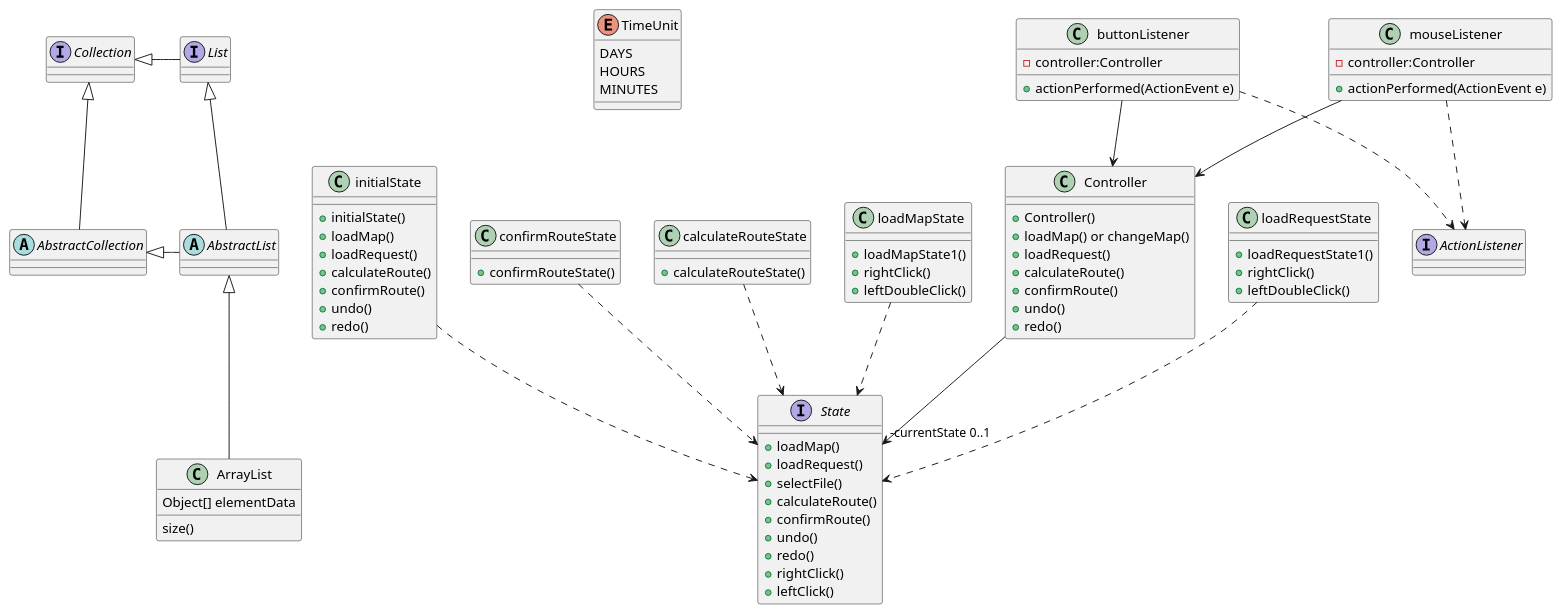
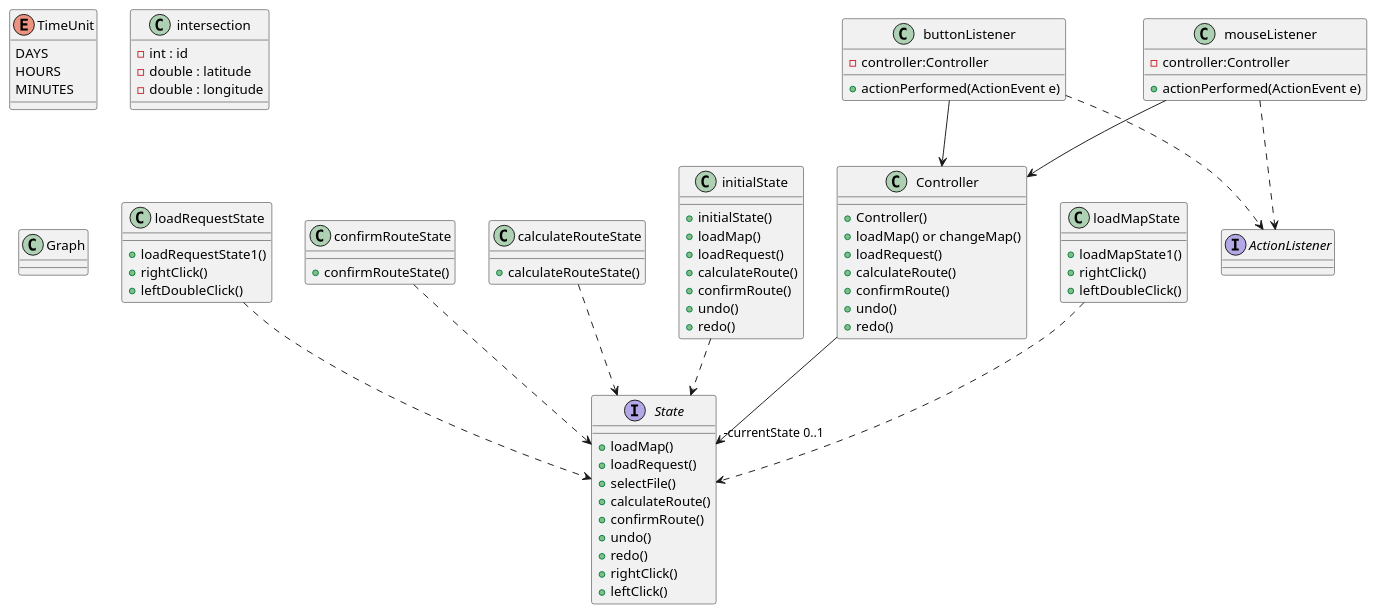
One commit to Karlenkko/Agile-OnErrand changed the diagram in src/documentation/ClassDiagram.puml. Above: the diagram before and after it, drawn with PlantUML.

```diff
--- a/src/documentation/ClassDiagram.puml
+++ b/src/documentation/ClassDiagram.puml
@@ -1,124 +1,114 @@
 @startuml
-
-abstract class AbstractList
-abstract AbstractCollection
-interface List
-interface Collection
-
-List <|-- AbstractList
-Collection <|-- AbstractCollection
-
-Collection <|- List
-AbstractCollection <|- AbstractList
-AbstractList <|-- ArrayList
-
-class ArrayList {
-Object[] elementData
-size()
-}
 
 enum TimeUnit {
 DAYS
 HOURS
 MINUTES
 }
 
 'Pour l'IHM
 
 class Controller{
 + Controller()
 + loadMap() or changeMap()
 + loadRequest()
 '+ addRequest()
 '+ deleteRequest()
 +calculateRoute()
 + confirmRoute()
 + undo()
 + redo()
 '+ zoomIn()
 '+ zoomOut()
 }
 
 Controller --> "-currentState 0..1"State
 
 interface State{
 + loadMap()
 + loadRequest()
 + selectFile()
 + calculateRoute()
 + confirmRoute()
 + undo()
 + redo()
 'addRequest()
 'deleteRequest()
 'zoomIn()
 'zoomOut()
 + rightClick()
 + leftClick()
 ' leftClick for cancel???
 }
 
 initialState ..> State
 loadMapState ..> State
 loadRequestState ..> State
 confirmRouteState ..> State
 calculateRouteState ..> State
 
 class initialState{
 + initialState()
 + loadMap()
 + loadRequest()
 + calculateRoute()
 + confirmRoute()
 + undo()
 + redo()
 'addRequest()
 'deleteRequest()
 'zoomIn()
 'zoomOut()
 }
 
 class loadMapState{
 + loadMapState1()
 'to cancel
 + rightClick()
 'to select
 + leftDoubleClick()
 }
 
 class loadRequestState{
 + loadRequestState1()
 'to cancel
 + rightClick()
 'to select
 + leftDoubleClick()
 }
 
 class calculateRouteState{
 + calculateRouteState()
 }
 
 class confirmRouteState{
 + confirmRouteState()
 }
 
 interface ActionListener{}
 
 buttonListener ..> ActionListener
 buttonListener --> Controller
 mouseListener ..> ActionListener
 mouseListener --> Controller
 
 class buttonListener{
 - controller:Controller
 + actionPerformed(ActionEvent e)
 }
 
 class mouseListener{
 - controller:Controller
 + actionPerformed(ActionEvent e)
 }
 
+class intersection{
+- int : id
+- double : latitude
+- double : longitude
 
+}
+class Graph {
+}
 
 @enduml
```
